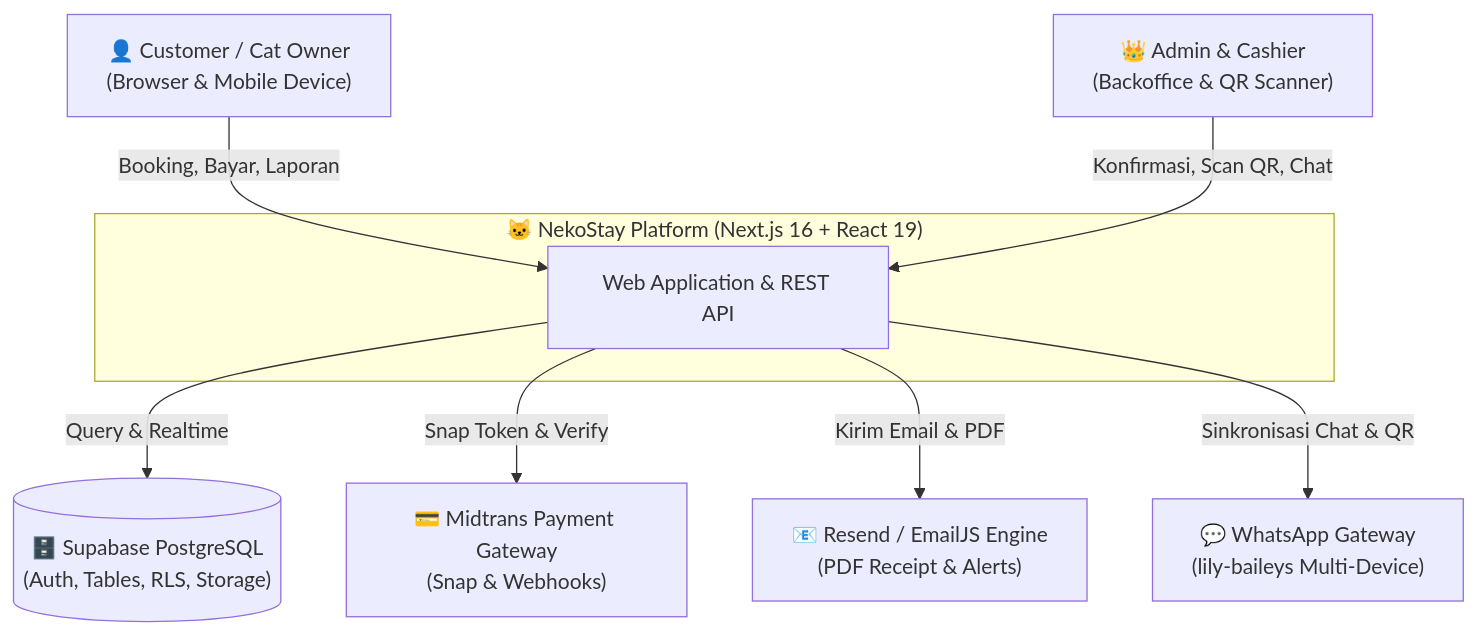
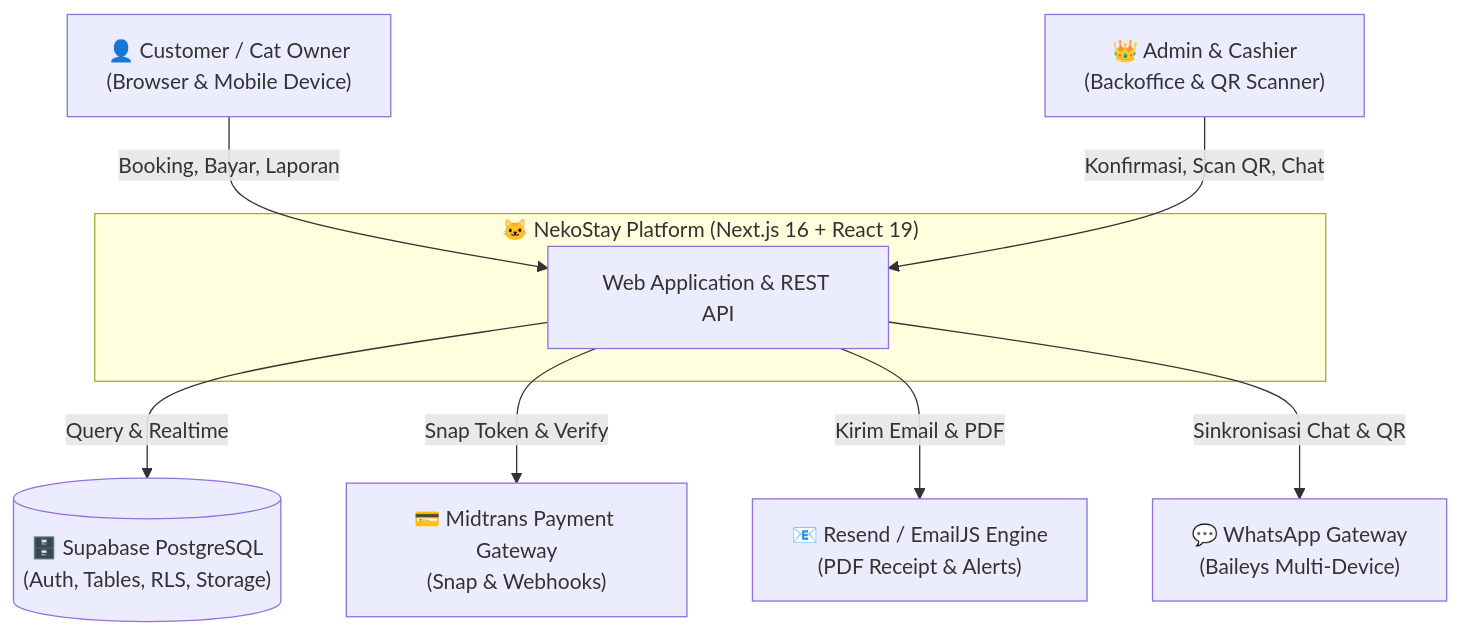
Before and after one commit to 2Hafast8/NekoStay: the first of 3 diagrams in docs/C4-ARCHITECTURE.md, drawn with Mermaid. The commit also changed other lines of this file and 53 other files, not shown here.

Commit message:
feat: modular architecture restructuring, fix booking edit generated columns, and adaptive class chart colors

````diff
--- a/docs/C4-ARCHITECTURE.md
+++ b/docs/C4-ARCHITECTURE.md
@@ -12,22 +13,22 @@
 ```mermaid
 flowchart TD
     User["👤 Customer / Cat Owner\n(Browser & Mobile Device)"]
     Admin["👑 Admin & Cashier\n(Backoffice & QR Scanner)"]
 
     subgraph NekoStaySystem ["🐱 NekoStay Platform (Next.js 16 + React 19)"]
         WebPortal["Web Application & REST API"]
     end
 
     Supabase[("🗄️ Supabase PostgreSQL\n(Auth, Tables, RLS, Storage)")]
     Midtrans["💳 Midtrans Payment Gateway\n(Snap & Webhooks)"]
     Resend["📧 Resend / EmailJS Engine\n(PDF Receipt & Alerts)"]
-    WhatsAppBot["💬 WhatsApp Gateway\n(lily-baileys Multi-Device)"]
+    WhatsAppBot["💬 WhatsApp Gateway\n(Baileys Multi-Device)"]
 
     User -->|Booking, Bayar, Laporan| WebPortal
     Admin -->|Konfirmasi, Scan QR, Chat| WebPortal
 
     WebPortal -->|Query & Realtime| Supabase
     WebPortal -->|Snap Token & Verify| Midtrans
     WebPortal -->|Kirim Email & PDF| Resend
     WebPortal -->|Sinkronisasi Chat & QR| WhatsAppBot
 ```
````
